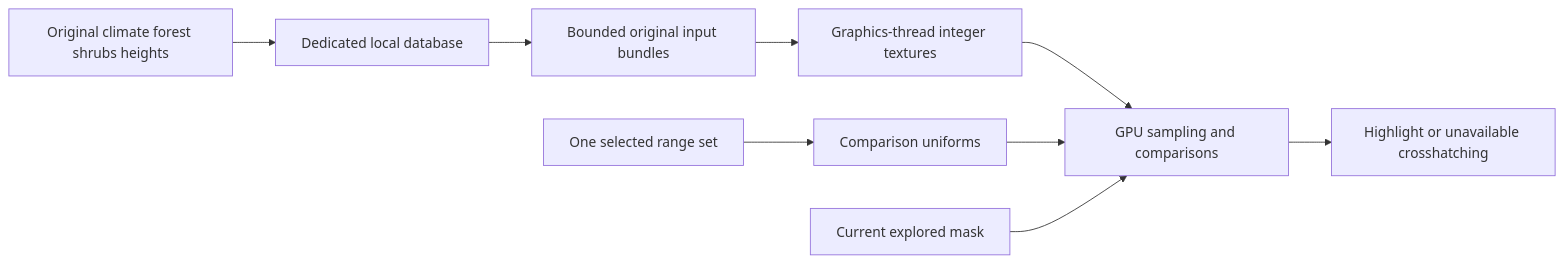
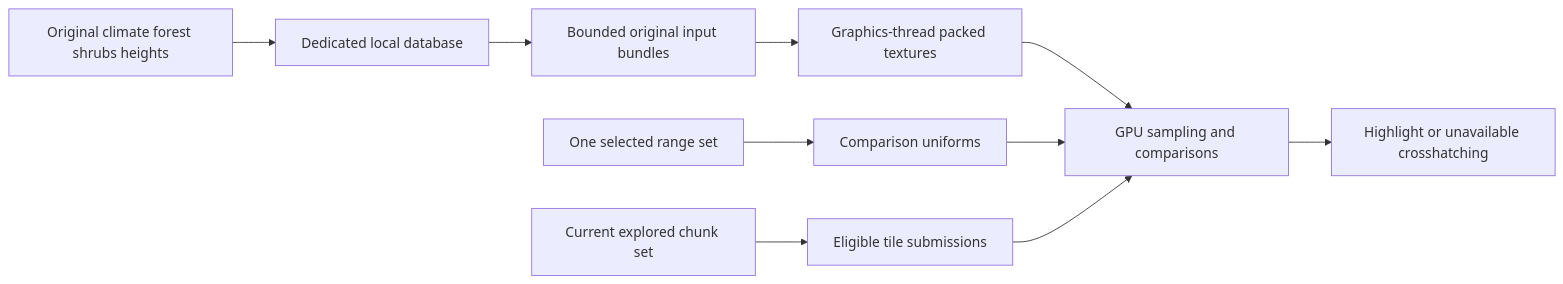
One commit to dsisco11/VanillaExpanded changed the diagram in docs/ecosystem-map/HabitatEvaluation.md. Above: the diagram before and after it, drawn with Mermaid. The commit also changed other lines of this file and 18 other files, not shown here.

````diff
--- a/docs/ecosystem-map/HabitatEvaluation.md
+++ b/docs/ecosystem-map/HabitatEvaluation.md
@@ -9,11 +9,12 @@
 ```mermaid
 flowchart LR
     Capture[Original climate forest shrubs heights] --> Storage[Dedicated local database]
     Storage --> Bundles[Bounded original input bundles]
-    Bundles --> Upload[Graphics-thread integer textures]
+    Bundles --> Upload[Graphics-thread packed textures]
     Selection[One selected range set] --> Uniforms[Comparison uniforms]
     Upload --> Shader[GPU sampling and comparisons]
     Uniforms --> Shader
-    Coverage[Current explored mask] --> Shader
+    Coverage[Current explored chunk set] --> Draw[Eligible tile submissions]
+    Draw --> Shader
     Shader --> Output[Highlight or unavailable crosshatching]
 ```
````
